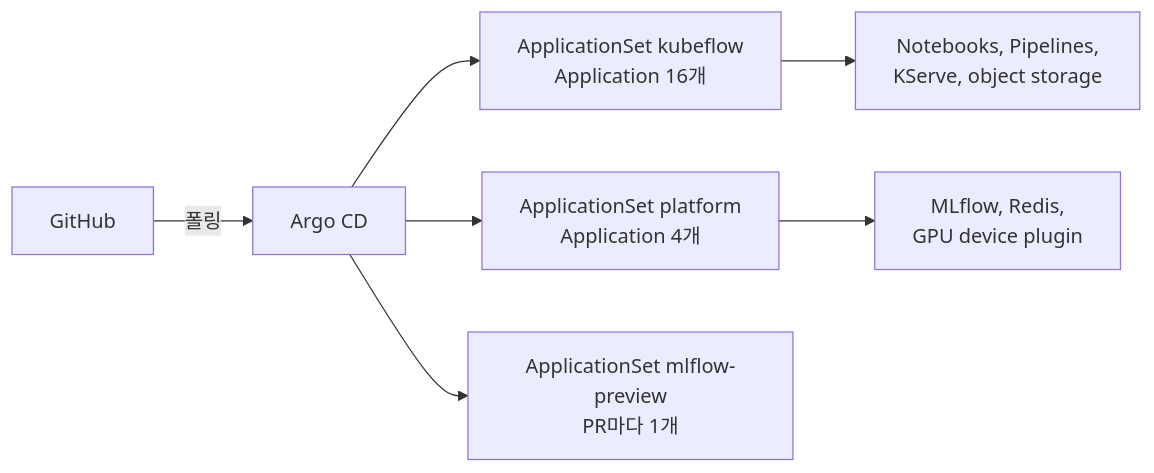
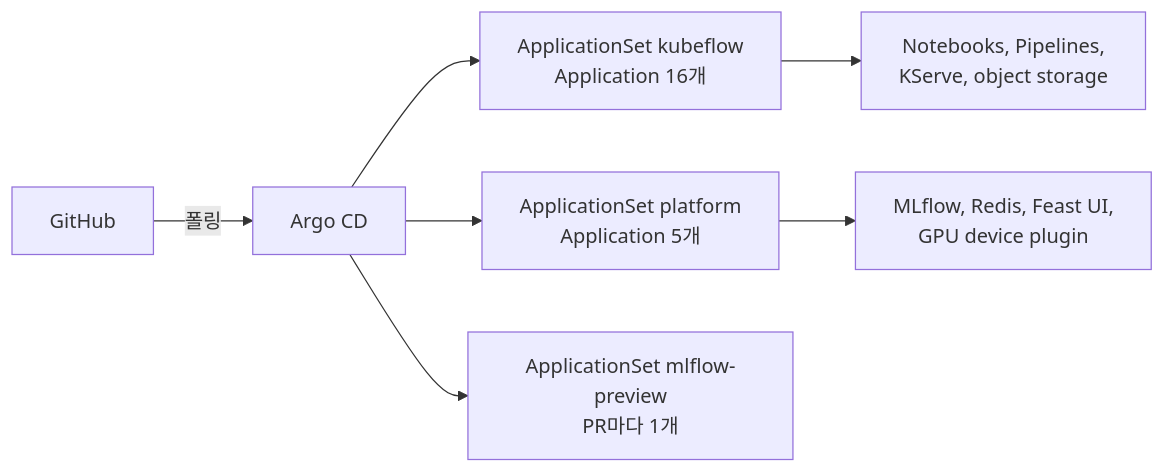
Before and after one commit to choisungwook/portfolio: the diagram in mlops/ml-platform-engineering-part2/docs/2-lab0-platform-install.md, drawn with Mermaid. The commit also changed other lines of this file and 15 other files, not shown here.

First line of the commit message:
feat: Feast UI via the official Helm chart in the platform ApplicationSet, serving and KServe diagrams

````diff
--- a/mlops/ml-platform-engineering-part2/docs/2-lab0-platform-install.md
+++ b/mlops/ml-platform-engineering-part2/docs/2-lab0-platform-install.md
@@ -29,9 +29,9 @@
 ```mermaid
 flowchart LR
   Git[GitHub] -->|폴링| AC[Argo CD]
   AC --> KF[ApplicationSet kubeflow<br/>Application 16개]
-  AC --> PL[ApplicationSet platform<br/>Application 4개]
+  AC --> PL[ApplicationSet platform<br/>Application 5개]
   AC --> PV[ApplicationSet mlflow-preview<br/>PR마다 1개]
   KF --> K1[Notebooks, Pipelines,<br/>KServe, object storage]
-  PL --> P1[MLflow, Redis,<br/>GPU device plugin]
+  PL --> P1[MLflow, Redis, Feast UI,<br/>GPU device plugin]
 ```
````
